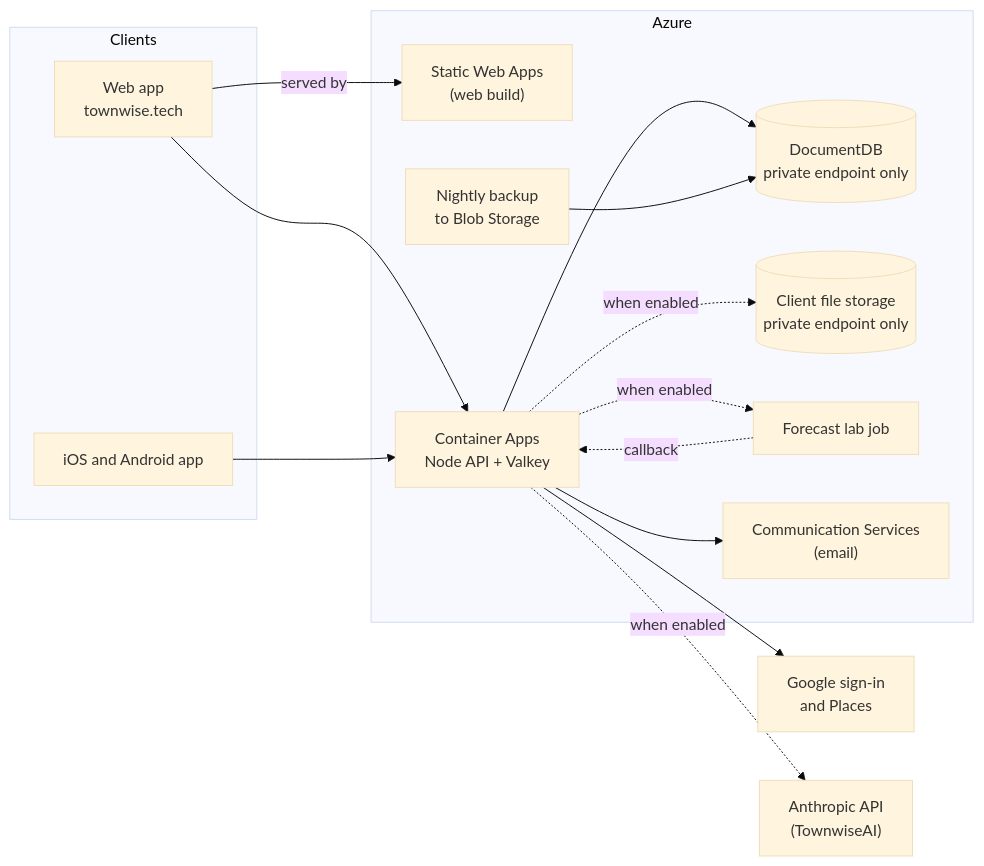
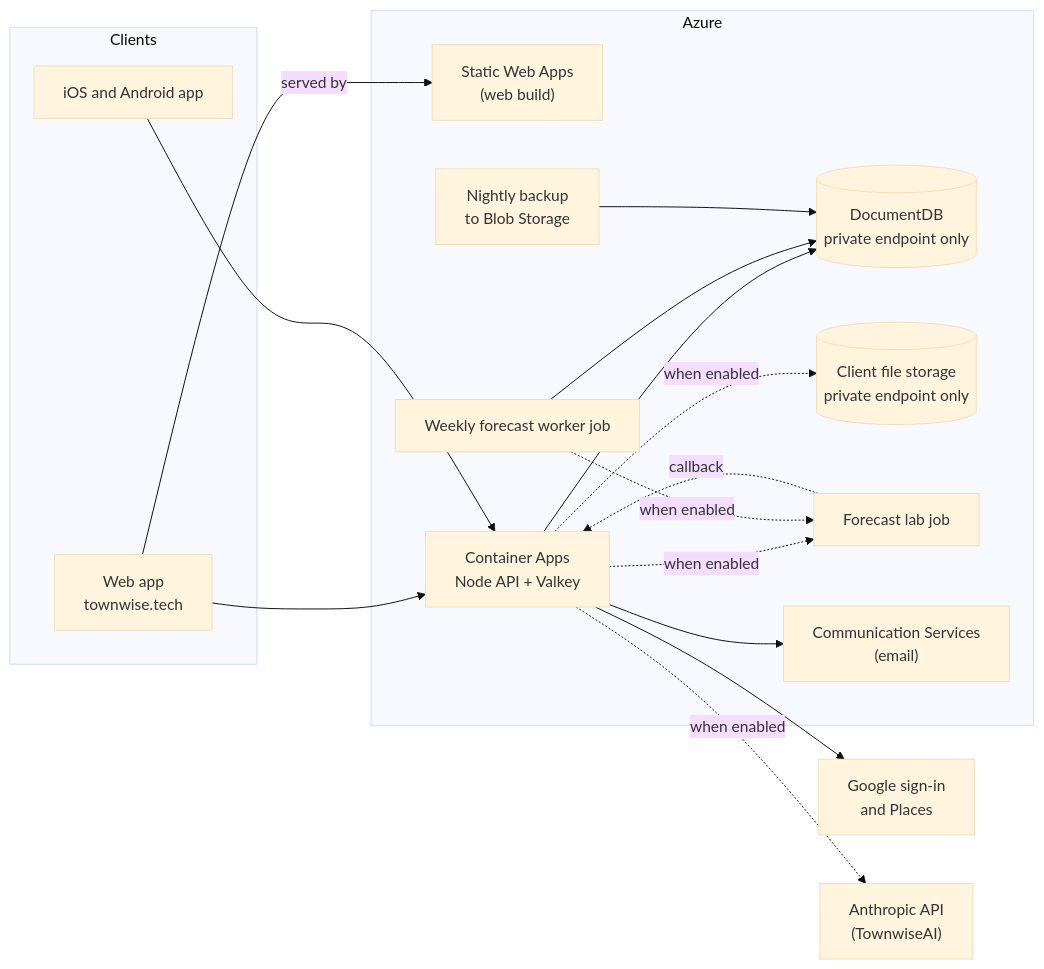
One commit to engg-119/townwise-mvp changed the diagram in README.md. Above: the diagram before and after it, drawn with Mermaid (base theme). The commit also changed other lines of this file and 3 other files, not shown here.

````diff
--- a/README.md
+++ b/README.md
@@ -48,30 +48,33 @@
 ```mermaid
 flowchart LR
   subgraph Clients
     web["Web app<br/>townwise.tech"]
     native["iOS and Android app"]
   end
   subgraph Azure
     swa["Static Web Apps<br/>(web build)"]
     api["Container Apps<br/>Node API + Valkey"]
     db[("DocumentDB<br/>private endpoint only")]
     files[("Client file storage<br/>private endpoint only")]
     lab["Forecast lab job"]
+    worker["Weekly forecast worker job"]
     backup["Nightly backup<br/>to Blob Storage"]
     email["Communication Services<br/>(email)"]
   end
   google["Google sign-in<br/>and Places"]
   claude["Anthropic API<br/>(TownwiseAI)"]
 
   web -->|served by| swa
   web --> api
   native --> api
   api --> db
   api -.->|when enabled| files
   api -.->|when enabled| lab
   lab -.->|callback| api
+  worker --> db
+  worker -.->|when enabled| lab
   backup --> db
   api --> email
   api --> google
   api -.->|when enabled| claude
 ```
````
